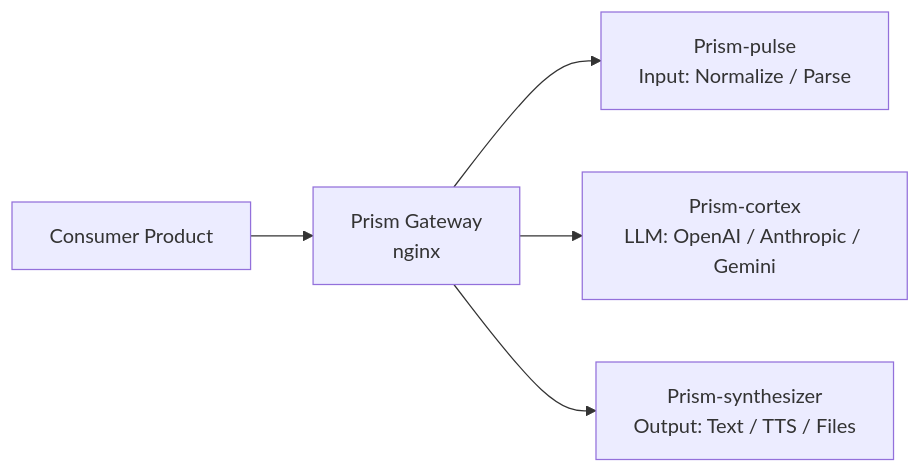
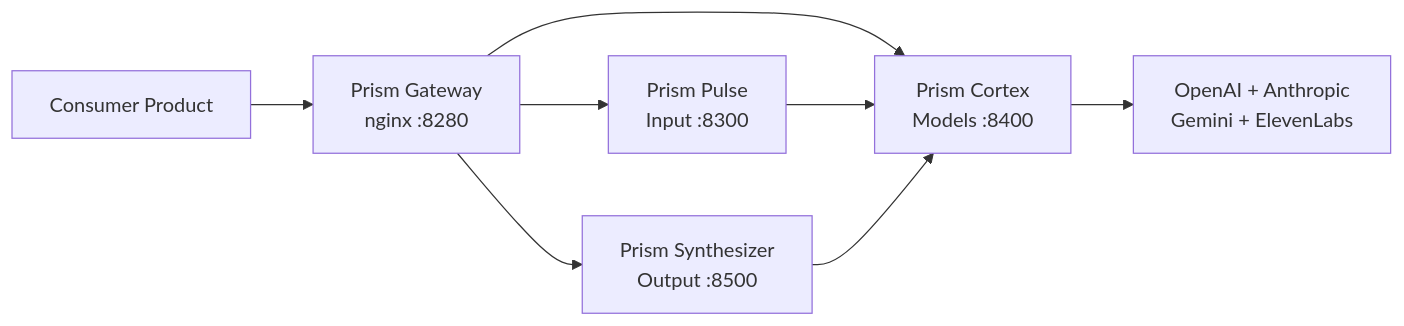
Before and after one commit to vsinghal3737/vsinghal3737: the fifth of 8 diagrams in README.md, drawn with Mermaid. The commit also changed other lines of this file, not shown here.

````diff
--- a/README.md
+++ b/README.md
@@ -207,13 +240,17 @@
 ```mermaid
 flowchart LR
     Client["Consumer Product"]
-    Gateway["Prism Gateway<br/>nginx"]
-    Pulse["Prism-pulse<br/>Input: Normalize / Parse"]
-    Cortex["Prism-cortex<br/>LLM: OpenAI / Anthropic / Gemini"]
-    Synthesizer["Prism-synthesizer<br/>Output: Text / TTS / Files"]
+    Gateway["Prism Gateway<br/>nginx :8280"]
+    Pulse["Prism Pulse<br/>Input :8300"]
+    Cortex["Prism Cortex<br/>Models :8400"]
+    Synth["Prism Synthesizer<br/>Output :8500"]
+    Providers["OpenAI + Anthropic<br/>Gemini + ElevenLabs"]
 
     Client --> Gateway
     Gateway --> Pulse
     Gateway --> Cortex
-    Gateway --> Synthesizer
+    Gateway --> Synth
+    Pulse --> Cortex
+    Synth --> Cortex
+    Cortex --> Providers
 ```
````
